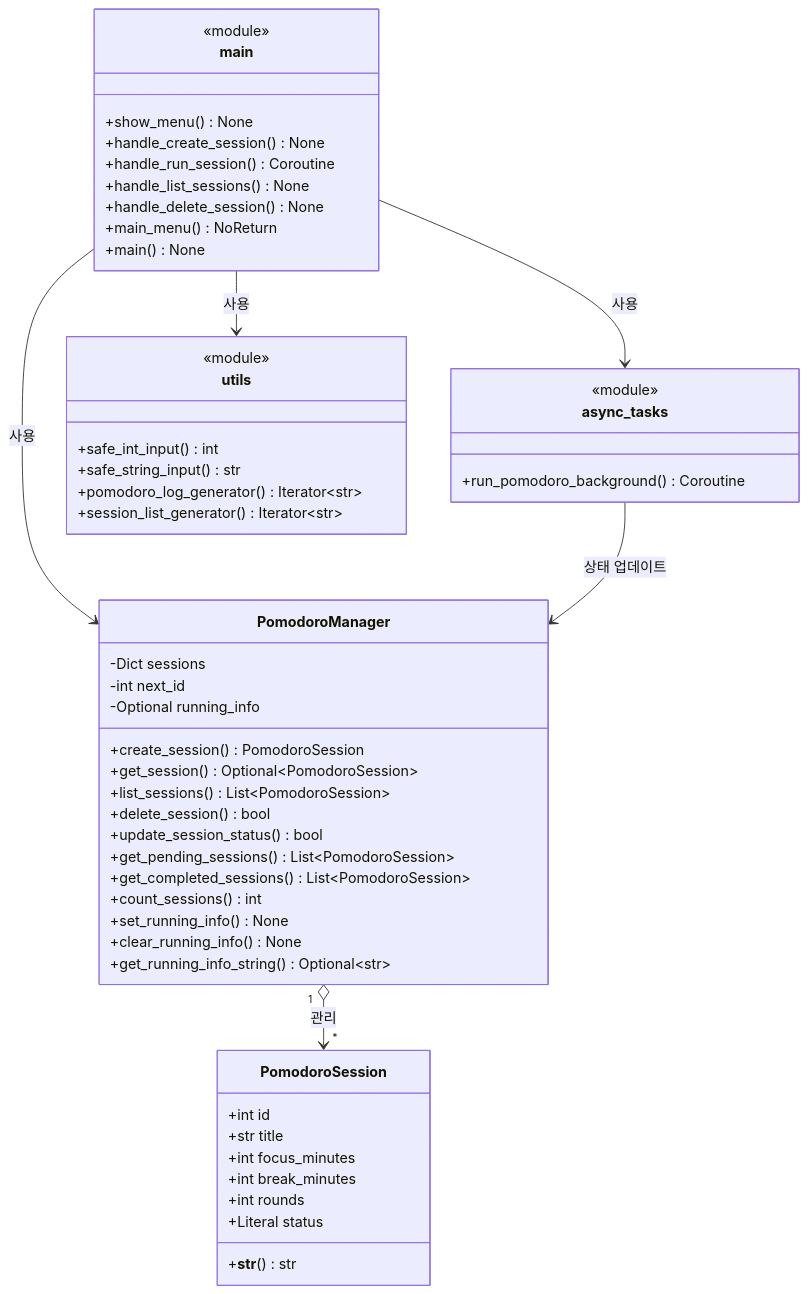
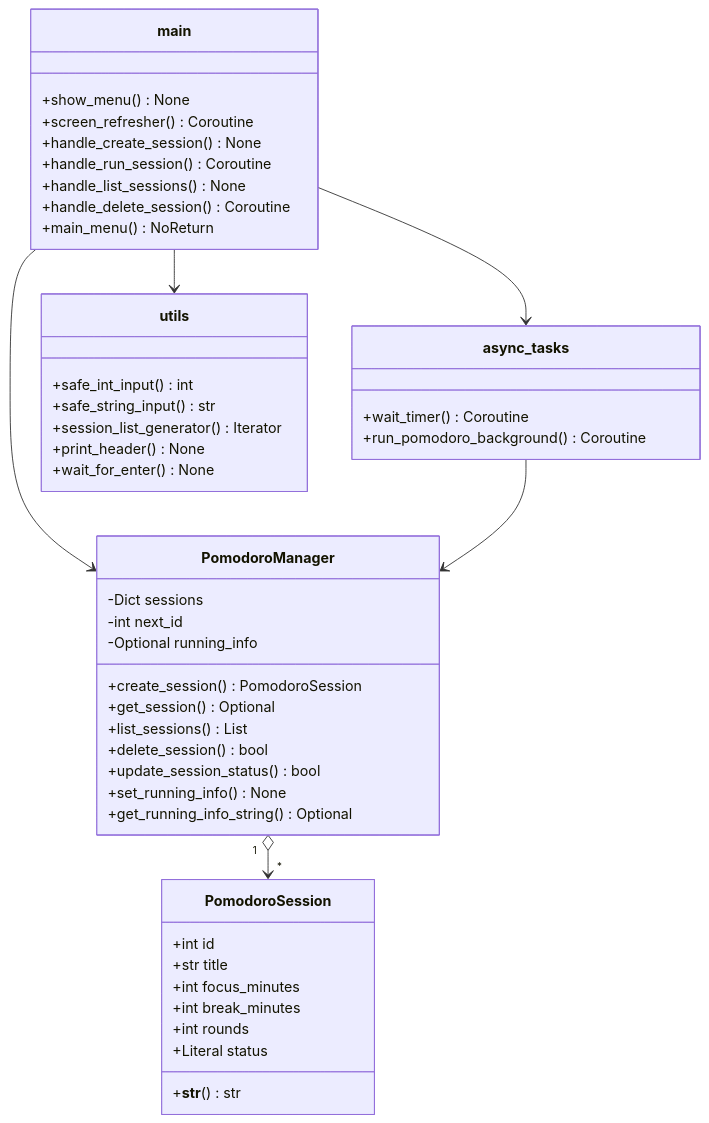
One commit to 7aulkim24/KDT_AWS_02 changed the fourth of 4 diagrams in Week2/docs/프로그램 순서도.md. Above: the diagram before and after it, drawn with Mermaid. The commit also changed other lines of this file and 2 other files, not shown here.

Commit message:
docs: Update README and flowchart to match actual implementation

````diff
--- a/Week2/docs/프로그램 순서도.md
+++ b/Week2/docs/프로그램 순서도.md
@@ -73,59 +83,54 @@
 ```mermaid
 classDiagram
     class PomodoroSession {
         +int id
         +str title
         +int focus_minutes
         +int break_minutes
         +int rounds
         +Literal status
         +__str__() str
     }
 
     class PomodoroManager {
         -Dict sessions
         -int next_id
         -Optional running_info
         +create_session() PomodoroSession
-        +get_session() Optional~PomodoroSession~
-        +list_sessions() List~PomodoroSession~
+        +get_session() Optional
+        +list_sessions() List
         +delete_session() bool
         +update_session_status() bool
-        +get_pending_sessions() List~PomodoroSession~
-        +get_completed_sessions() List~PomodoroSession~
-        +count_sessions() int
         +set_running_info() None
-        +clear_running_info() None
-        +get_running_info_string() Optional~str~
+        +get_running_info_string() Optional
     }
 
     class async_tasks {
-        <<module>>
+        +wait_timer() Coroutine
         +run_pomodoro_background() Coroutine
     }
 
     class utils {
-        <<module>>
         +safe_int_input() int
         +safe_string_input() str
-        +pomodoro_log_generator() Iterator~str~
-        +session_list_generator() Iterator~str~
+        +session_list_generator() Iterator
+        +print_header() None
+        +wait_for_enter() None
     }
 
     class main {
-        <<module>>
         +show_menu() None
+        +screen_refresher() Coroutine
         +handle_create_session() None
         +handle_run_session() Coroutine
         +handle_list_sessions() None
-        +handle_delete_session() None
+        +handle_delete_session() Coroutine
         +main_menu() NoReturn
-        +main() None
     }
 
-    PomodoroManager "1" o--> "*" PomodoroSession : 관리
-    main --> PomodoroManager : 사용
-    main --> async_tasks : 사용
-    main --> utils : 사용
-    async_tasks --> PomodoroManager : 상태 업데이트
+    PomodoroManager "1" o--> "*" PomodoroSession
+    main --> PomodoroManager
+    main --> async_tasks
+    main --> utils
+    async_tasks --> PomodoroManager
 ```
````
